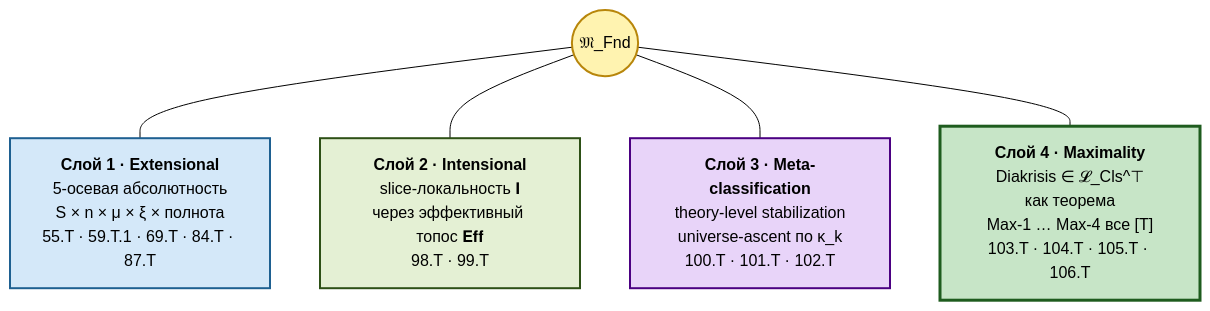
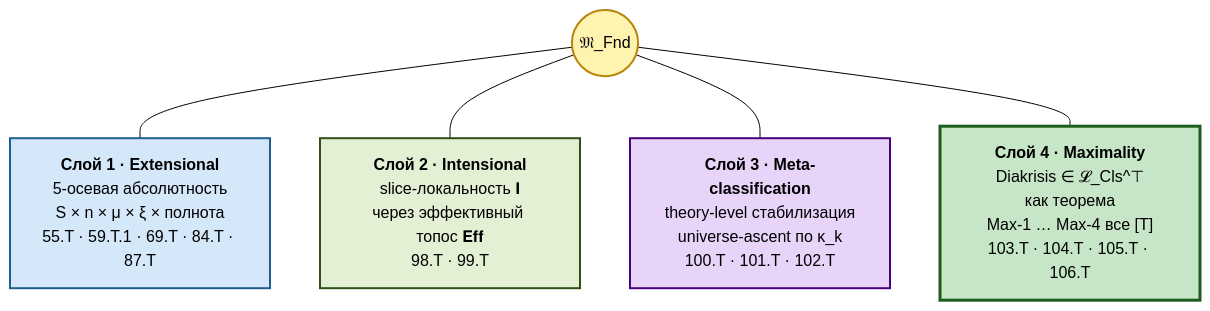
Before and after one commit to gst-st/diakrisis: the fourth of 7 diagrams in docs/intro.md, drawn with Mermaid (forest theme). The commit also changed other lines of this file and 45 other files, not shown here.

````diff
--- a/docs/intro.md
+++ b/docs/intro.md
@@ -132,20 +134,20 @@
 ```mermaid
 flowchart TB
     classDef core fill:#fff3b0,stroke:#b8860b,stroke-width:2px,color:#000
     classDef ext fill:#d4e8f9,stroke:#1e6091,stroke-width:2px,color:#000
     classDef int fill:#e4f0d4,stroke:#2d5016,stroke-width:2px,color:#000
     classDef meta fill:#e8d4f9,stroke:#4b0082,stroke-width:2px,color:#000
     classDef max fill:#c7e5c7,stroke:#1e5c1e,stroke-width:3px,color:#000
 
     MFnd(("𝔐_Fnd")):::core
 
     EXT["<b>Слой 1 · Extensional</b><br/>5-осевая абсолютность<br/>S × n × μ × ξ × полнота<br/>55.T · 59.T.1 · 69.T · 84.T · 87.T"]:::ext
     INT["<b>Слой 2 · Intensional</b><br/>slice-локальность 𝐈<br/>через эффективный топос 𝐄𝐟𝐟<br/>98.T · 99.T"]:::int
-    META["<b>Слой 3 · Meta-classification</b><br/>theory-level stabilization<br/>universe-ascent по κ_k<br/>100.T · 101.T · 102.T"]:::meta
+    META["<b>Слой 3 · Meta-classification</b><br/>theory-level стабилизация<br/>universe-ascent по κ_k<br/>100.T · 101.T · 102.T"]:::meta
     MAX["<b>Слой 4 · Maximality</b><br/>Diakrisis ∈ 𝓛_Cls^⊤<br/>как теорема<br/>Max-1 … Max-4 все [Т]<br/>103.T · 104.T · 105.T · 106.T"]:::max
 
     MFnd --- EXT
     MFnd --- INT
     MFnd --- META
     MFnd --- MAX
 ```
````
